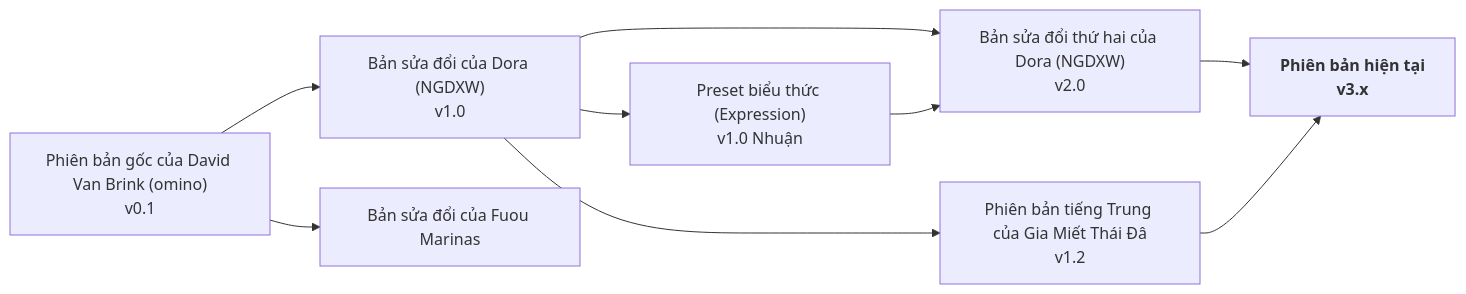
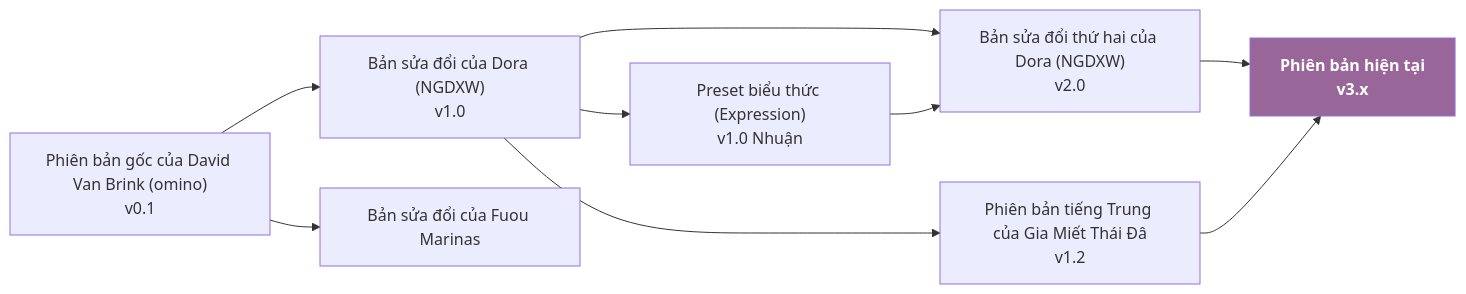
The diagram in README_vi-VN.md (otomad/om_midi), drawn with Mermaid before and after one commit. The commit also changed 4 other files, not shown here.

Commit message:
docs: update mermaid style

````diff
--- a/README_vi-VN.md
+++ b/README_vi-VN.md
@@ -80,33 +80,33 @@
 ```mermaid
 flowchart LR
-    %% Definitions
-    DVB-IE["Phiên bản gốc của David Van Brink (omino)<br>v0.1"]
-    Dora-R["Bản sửa đổi của Dora (NGDXW)<br>v1.0"]
-    EP["Preset biểu thức (Expression)<br>v1.0 Nhuận"]
-    Z4HD-CE["Phiên bản tiếng Trung của Gia Miết Thái Đâ<br>v1.2"]
-    Dora-R2["Bản sửa đổi thứ hai của Dora (NGDXW)<br>v2.0"]
-    CV["Phiên bản hiện tại<br>v3.x"]:::current
-    FM-R["Bản sửa đổi của Fuou Marinas"]
+	%% Definitions
+	DVB-IE["Phiên bản gốc của David Van Brink (omino)<br>v0.1"]
+	Dora-R["Bản sửa đổi của Dora (NGDXW)<br>v1.0"]
+	EP["Preset biểu thức (Expression)<br>v1.0 Nhuận"]
+	Z4HD-CE["Phiên bản tiếng Trung của Gia Miết Thái Đâ<br>v1.2"]
+	Dora-R2["Bản sửa đổi thứ hai của Dora (NGDXW)<br>v2.0"]
+	CV["Phiên bản hiện tại<br>v3.x"]:::current
+	FM-R["Bản sửa đổi của Fuou Marinas"]
 
-    %% Connections
-    DVB-IE --> Dora-R
-    Dora-R --> EP
-    Dora-R --> Z4HD-CE
-    Dora-R --> Dora-R2
-    EP --> Dora-R2
-    Dora-R2 --> CV
-    Z4HD-CE --> CV
-    DVB-IE --> FM-R
+	%% Connections
+	DVB-IE --> Dora-R
+	Dora-R --> EP
+	Dora-R --> Z4HD-CE
+	Dora-R --> Dora-R2
+	EP --> Dora-R2
+	Dora-R2 --> CV
+	Z4HD-CE --> CV
+	DVB-IE --> FM-R
 
-    %% Class definitions
-    classDef current font-weight:bold
+	%% Styles
+	style CV font-weight:bold,fill:#969,color:white
 
 	%% Click events
 	click DVB-IE "https://omino.com/pixelblog/2011/12/26/ae-hello-again-midi/"
 	click Dora-R "https://www.bilibili.com/read/cv170398"
 	click EP "https://www.bilibili.com/video/av29649969"
 	click Z4HD-CE "https://github.com/Z4HD/om_midi_NGDXW_zh"
 	click Dora-R2 "https://www.bilibili.com/read/cv1217487"
 	click CV "https://github.com/otomad/om_midi"
 	click FM-R "https://github.com/FuouM/AE-ReOm-MIDI"
 ```
````
